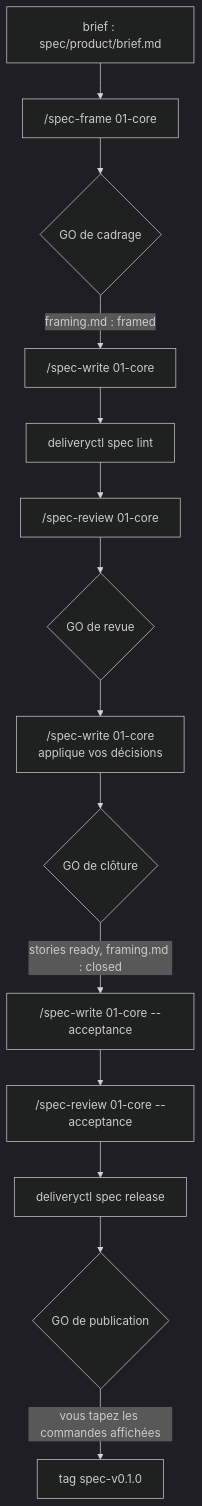
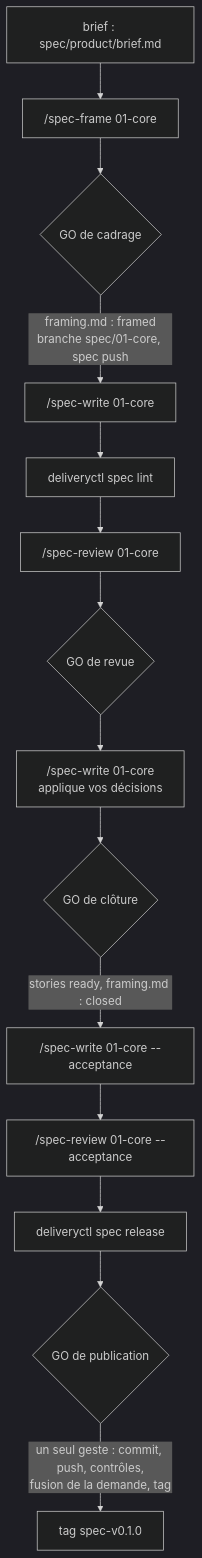
Before and after one commit to peugene/delivery-method: the third of 6 diagrams in docs/guide.md, drawn with Mermaid (dark theme). The commit also changed other lines of this file and 6 other files, not shown here.

````diff
--- a/docs/guide.md
+++ b/docs/guide.md
@@ -142,16 +161,16 @@
 ```mermaid
 flowchart TD
     Z["brief : spec/product/brief.md"] --> A["/spec-frame 01-core"]
     A --> B{GO de cadrage}
-    B -- "framing.md : framed" --> C["/spec-write 01-core"]
+    B -- "framing.md : framed<br/>branche spec/01-core, spec push" --> C["/spec-write 01-core"]
     C --> L["deliveryctl spec lint"]
     L --> D["/spec-review 01-core"]
     D --> E{GO de revue}
     E --> G["/spec-write 01-core<br/>applique vos décisions"]
     G --> H{GO de clôture}
     H -- "stories ready, framing.md : closed" --> I["/spec-write 01-core --acceptance"]
     I --> J["/spec-review 01-core --acceptance"]
     J --> K["deliveryctl spec release"]
     K --> M{GO de publication}
-    M -- "vous tapez les commandes affichées" --> N["tag spec-v0.1.0"]
+    M -- "un seul geste : commit, push, contrôles,<br/>fusion de la demande, tag" --> N["tag spec-v0.1.0"]
 ```
````
